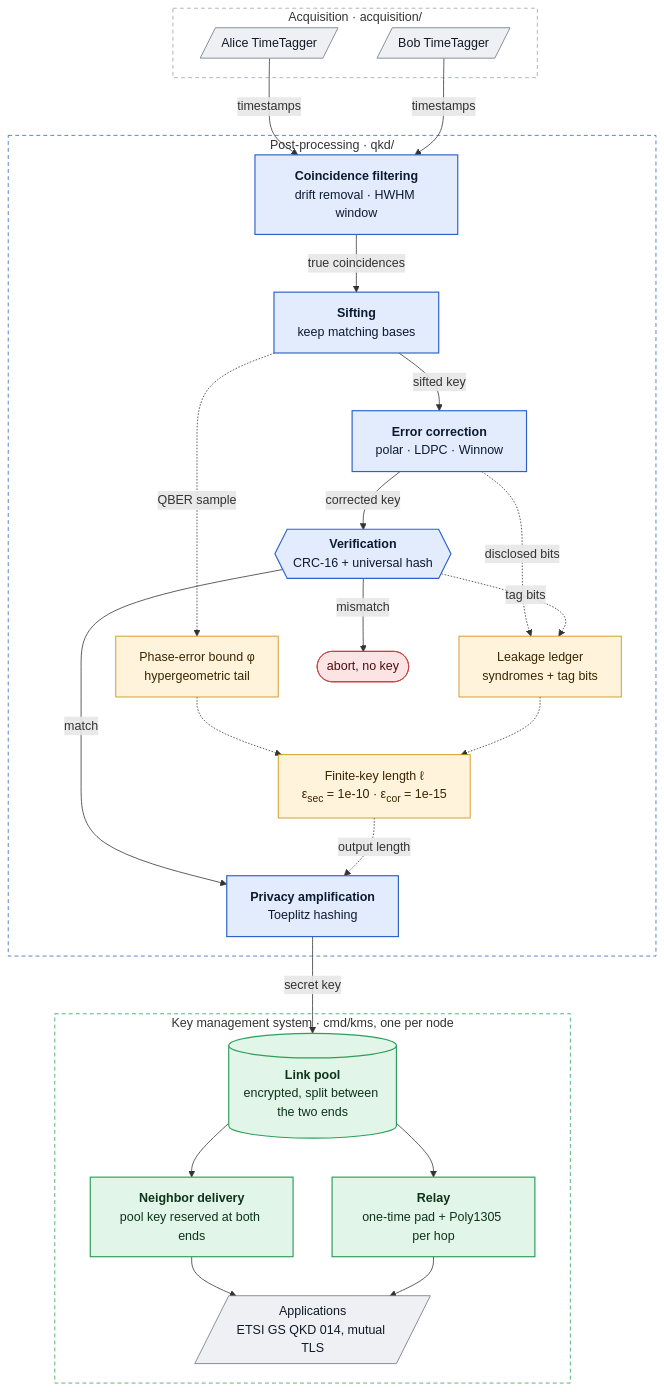
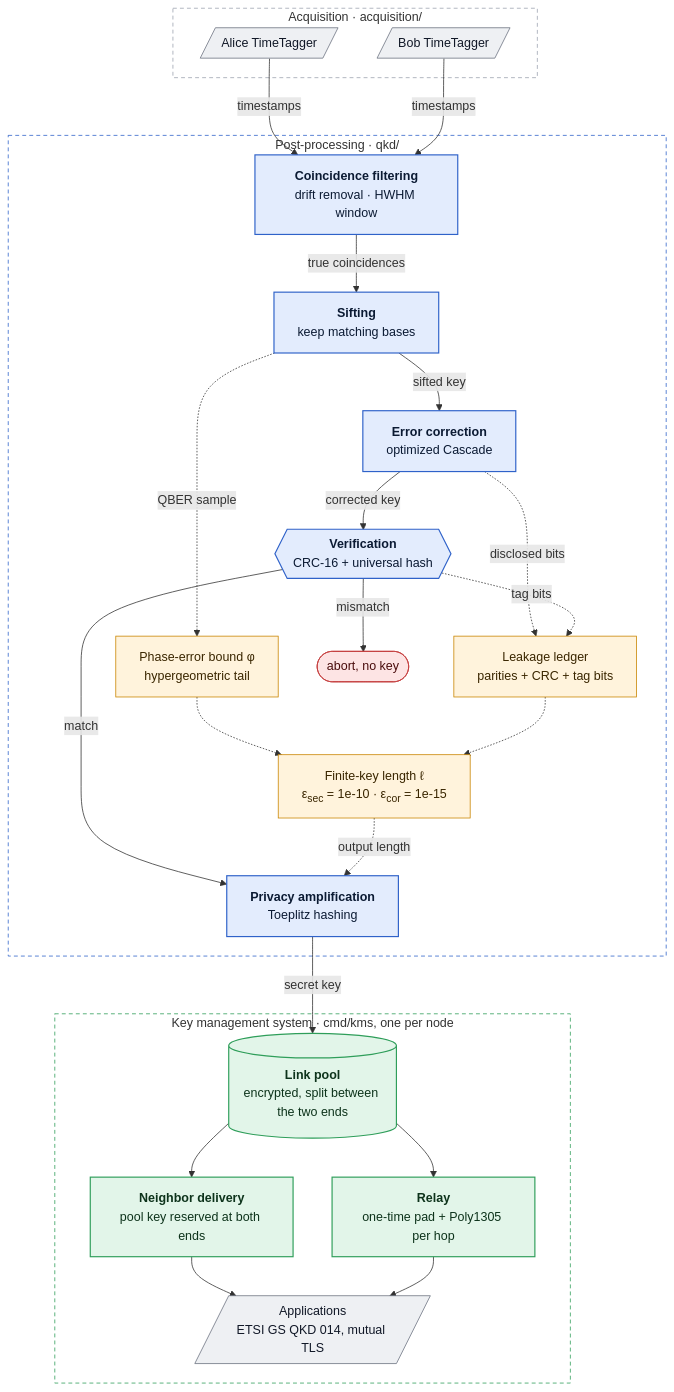
One commit to werefin/qkd_post_processing changed the diagram in README.md. Above: the diagram before and after it, drawn with Mermaid. The commit also changed other lines of this file and 95 other files, not shown here.

Commit message:
Keep optimized Cascade only, plan each link's block length automatically, make continuous QKD production-only and fix the dashboard

````diff
--- a/README.md
+++ b/README.md
@@ -5,60 +5,60 @@
 ```mermaid
 flowchart TB
     subgraph ACQ["Acquisition · acquisition/"]
         AT[/"Alice TimeTagger"/]
         BT[/"Bob TimeTagger"/]
     end
 
     subgraph PP["Post-processing · qkd/"]
         CF["<b>Coincidence filtering</b><br/>drift removal · HWHM window"]
         SI["<b>Sifting</b><br/>keep matching bases"]
-        EC["<b>Error correction</b><br/>polar · LDPC · Winnow"]
+        EC["<b>Error correction</b><br/>optimized Cascade"]
         VE{{"<b>Verification</b><br/>CRC-16 + universal hash"}}
         PA["<b>Privacy amplification</b><br/>Toeplitz hashing"]
         PE["Phase-error bound φ<br/>hypergeometric tail"]
-        LK["Leakage ledger<br/>syndromes + tag bits"]
+        LK["Leakage ledger<br/>parities + CRC + tag bits"]
         FK["Finite-key length ℓ<br/>ε<sub>sec</sub> = 1e-10 · ε<sub>cor</sub> = 1e-15"]
         AB(["abort, no key"])
     end
 
     subgraph KD["Key management system · cmd/kms, one per node"]
         POOL[("<b>Link pool</b><br/>encrypted, split between the two ends")]
         NB["<b>Neighbor delivery</b><br/>pool key reserved at both ends"]
         RL["<b>Relay</b><br/>one-time pad + Poly1305 per hop"]
         APP[/"Applications<br/>ETSI GS QKD 014, mutual TLS"/]
     end
 
     AT -- timestamps --> CF
     BT -- timestamps --> CF
     CF -- "true coincidences" --> SI
     SI -- "sifted key" --> EC
     SI -. "QBER sample" .-> PE
     EC -- "corrected key" --> VE
     EC -. "disclosed bits" .-> LK
     VE -. "tag bits" .-> LK
     VE -- mismatch --> AB
     VE -- match --> PA
     PE -.-> FK
     LK -.-> FK
     FK -. "output length" .-> PA
     PA -- "secret key" --> POOL
     POOL --> NB
     POOL --> RL
     NB --> APP
     RL --> APP
 
     classDef hw fill:#eef0f3,stroke:#6b7280,color:#111827
     classDef stage fill:#e3ecfd,stroke:#2f62c9,color:#0b1a33,stroke-width:1.5px
     classDef acct fill:#fff3dc,stroke:#c98500,color:#3a2600
     classDef stop fill:#fde4e4,stroke:#c43c3c,color:#4a0d0d
     classDef deliver fill:#e2f5e9,stroke:#2f9e5a,color:#0d331b,stroke-width:1.5px
     class AT,BT hw
     class CF,SI,EC,VE,PA stage
     class PE,LK,FK acct
     class AB stop
     class POOL,NB,RL deliver
     class APP hw
     style ACQ fill:none,stroke:#9ca3af,stroke-dasharray:5 4
     style PP fill:none,stroke:#2f62c9,stroke-dasharray:5 4
     style KD fill:none,stroke:#2f9e5a,stroke-dasharray:5 4
 ```
````
